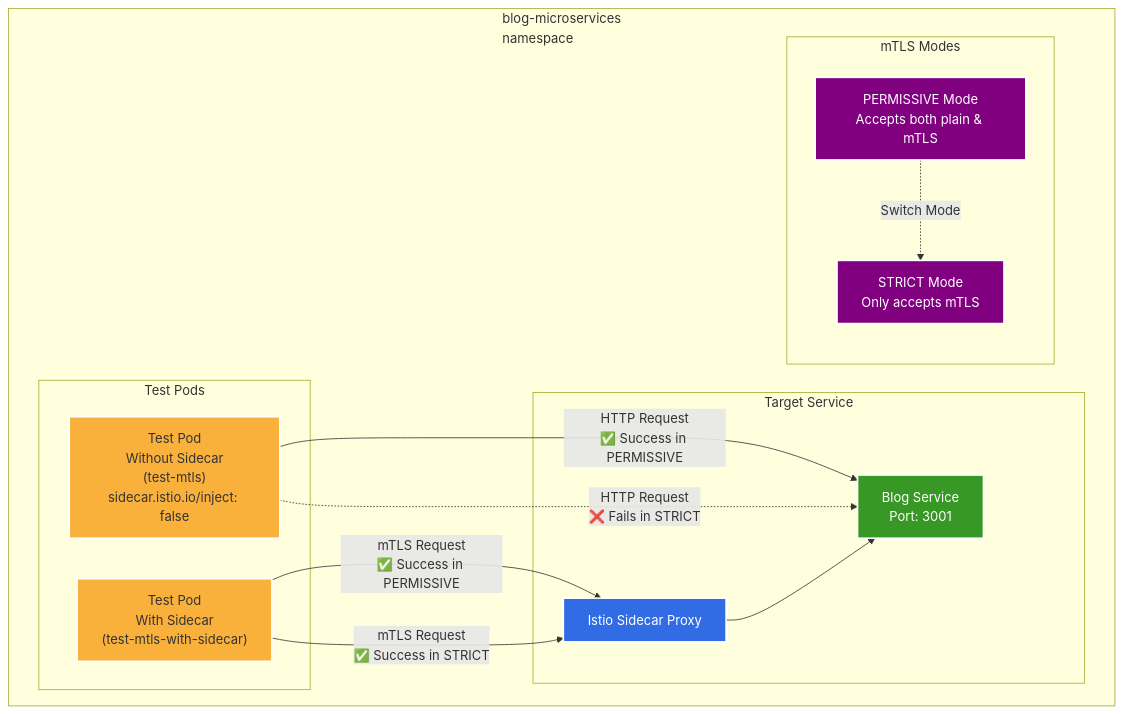
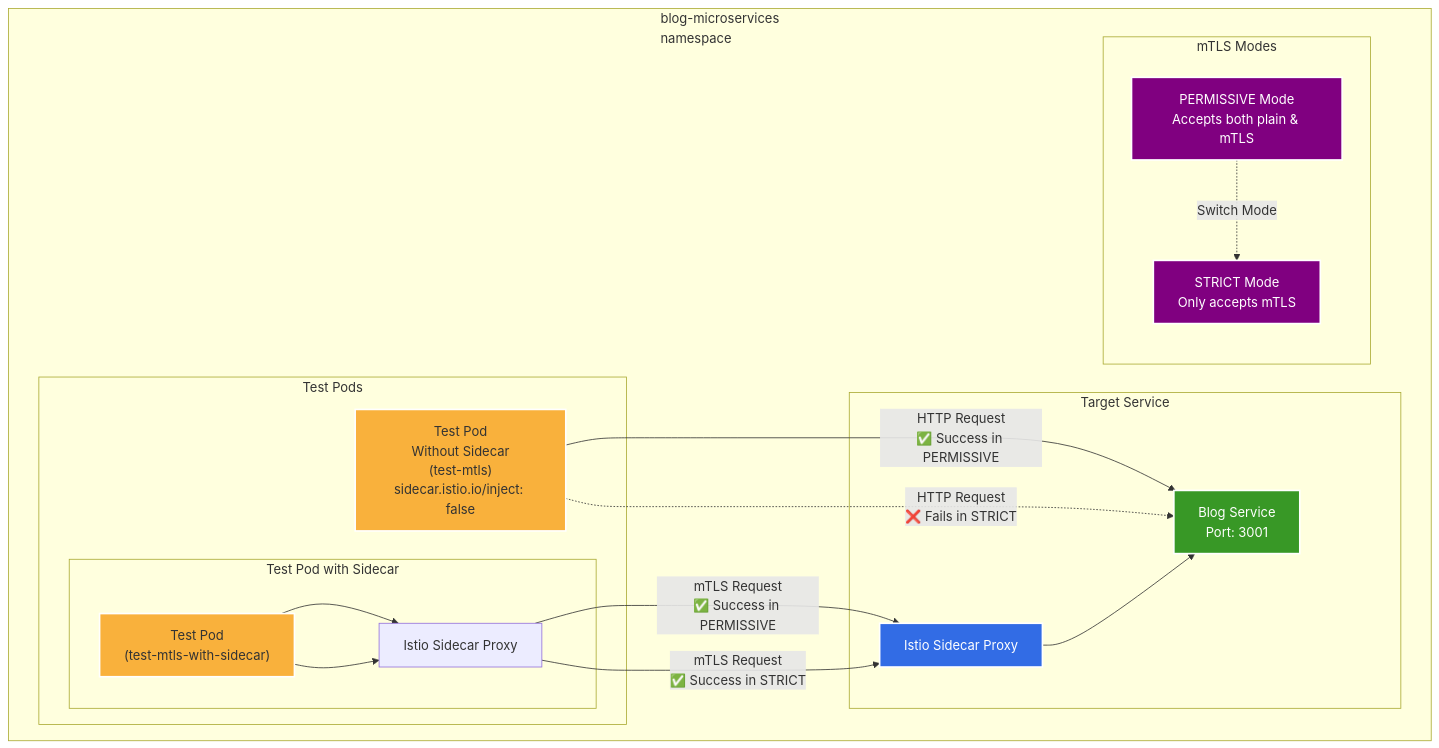
One commit to vvt911/blog-microservices changed diagram 11 of 15 in docs/architecture-diagrams.md. Above: the diagram before and after it, drawn with Mermaid.

Commit message:
update diagram

````diff
--- a/docs/architecture-diagrams.md
+++ b/docs/architecture-diagrams.md
@@ -458,44 +458,49 @@
 ```mermaid
 graph TB
     subgraph "blog-microservices<br/>namespace"
         subgraph "Test Pods"
             PodNoSidecar["Test Pod<br/>Without Sidecar<br/>(test-mtls)<br/>sidecar.istio.io/inject: false"]
-            PodWithSidecar["Test Pod<br/>With Sidecar<br/>(test-mtls-with-sidecar)"]
+            subgraph "Test Pod with Sidecar"
+                PodWithSidecar["Test Pod<br/>(test-mtls-with-sidecar)"]
+                TestSidecar["Istio Sidecar Proxy"]
+            end
         end
 
         subgraph "Target Service"
             BlogService["Blog Service<br/>Port: 3001"]
             BlogSidecar["Istio Sidecar Proxy"]
         end
 
         subgraph "mTLS Modes"
             PERMISSIVE["PERMISSIVE Mode<br/>Accepts both plain & mTLS"]
             STRICT["STRICT Mode<br/>Only accepts mTLS"]
         end
     end
 
     %% Connections in PERMISSIVE mode
     PodNoSidecar -->|"HTTP Request<br/>✅ Success in PERMISSIVE"| BlogService
-    PodWithSidecar -->|"mTLS Request<br/>✅ Success in PERMISSIVE"| BlogSidecar
+    PodWithSidecar --> TestSidecar
+    TestSidecar -->|"mTLS Request<br/>✅ Success in PERMISSIVE"| BlogSidecar
 
     %% Connections in STRICT mode
     PodNoSidecar -.->|"HTTP Request<br/>❌ Fails in STRICT"| BlogService
-    PodWithSidecar -->|"mTLS Request<br/>✅ Success in STRICT"| BlogSidecar
+    PodWithSidecar --> TestSidecar
+    TestSidecar -->|"mTLS Request<br/>✅ Success in STRICT"| BlogSidecar
 
     %% Service connections
     BlogSidecar --> BlogService
 
     %% Mode switches
     PERMISSIVE -.->|"Switch Mode"| STRICT
 
     %% Styling
     classDef sidecar fill:#326CE5,stroke:#fff,stroke-width:2px,color:#fff
     classDef service fill:#389826,stroke:#fff,stroke-width:2px,color:#fff
     classDef pod fill:#F9B13C,stroke:#fff,stroke-width:2px,color:#333
     classDef mode fill:#800080,stroke:#fff,stroke-width:2px,color:#fff
     
     class BlogSidecar sidecar
     class BlogService service
     class PodNoSidecar,PodWithSidecar pod
     class PERMISSIVE,STRICT mode
 ```
````
